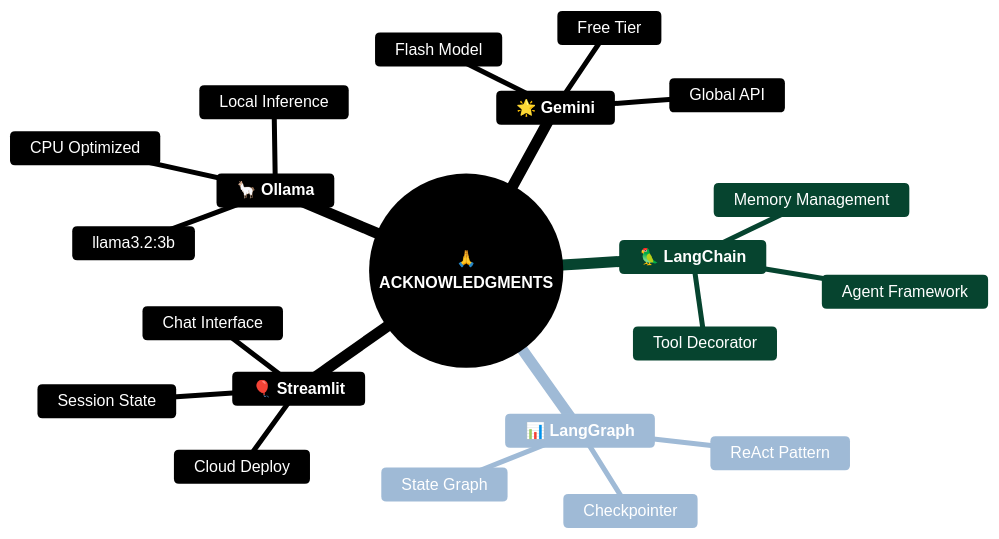
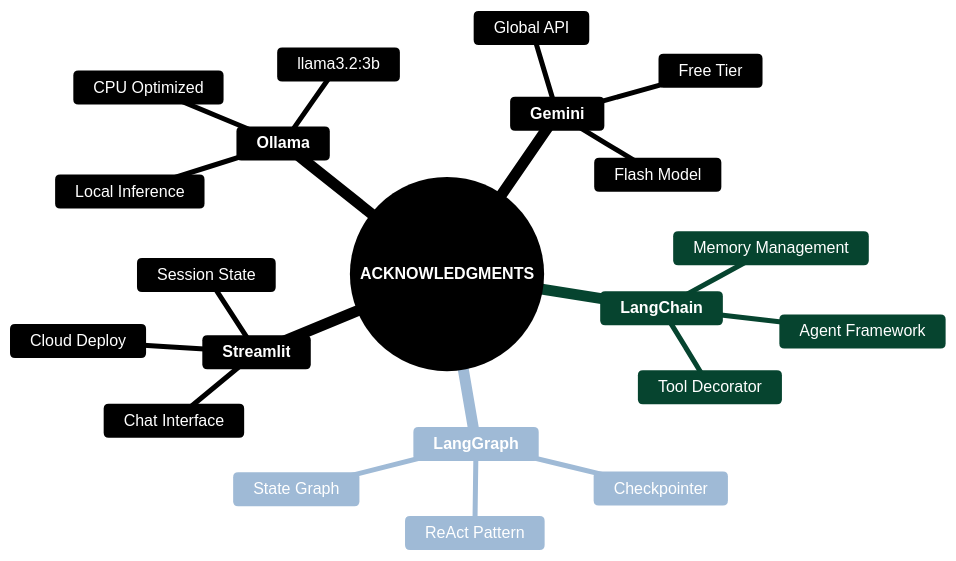
The fourth of 4 diagrams in README.md (UzairRan/nexus-it-assistant), drawn with Mermaid before and after one commit. The commit also changed other lines of this file, not shown here.

````diff
--- a/README.md
+++ b/README.md
@@ -324,26 +324,25 @@
 ```mermaid
 %%{init: {'theme': 'base', 'themeVariables': { 'primaryColor': '#1E3A5F', 'primaryTextColor': '#FFFFFF', 'primaryBorderColor': '#3B82F6', 'lineColor': '#2563EB', 'secondaryColor': '#10B981', 'tertiaryColor': '#F8FAFC', 'fontSize': '16px', 'fontWeight': 'bold'}}}%%
 mindmap
-  root((**🙏<br/>ACKNOWLEDGMENTS**))
-    **🦜 LangChain**
+  root((**ACKNOWLEDGMENTS**))
+    **LangChain**
       Agent Framework
       Tool Decorator
       Memory Management
-    **📊 LangGraph**
+    **LangGraph**
       ReAct Pattern
       State Graph
       Checkpointer
-    **🎈 Streamlit**
+    **Streamlit**
       Chat Interface
       Session State
       Cloud Deploy
-    **🦙 Ollama**
+    **Ollama**
       Local Inference
       llama3.2:3b
       CPU Optimized
-    **🌟 Gemini**
+    **Gemini**
       Flash Model
       Free Tier
       Global API
-
 ```
````
